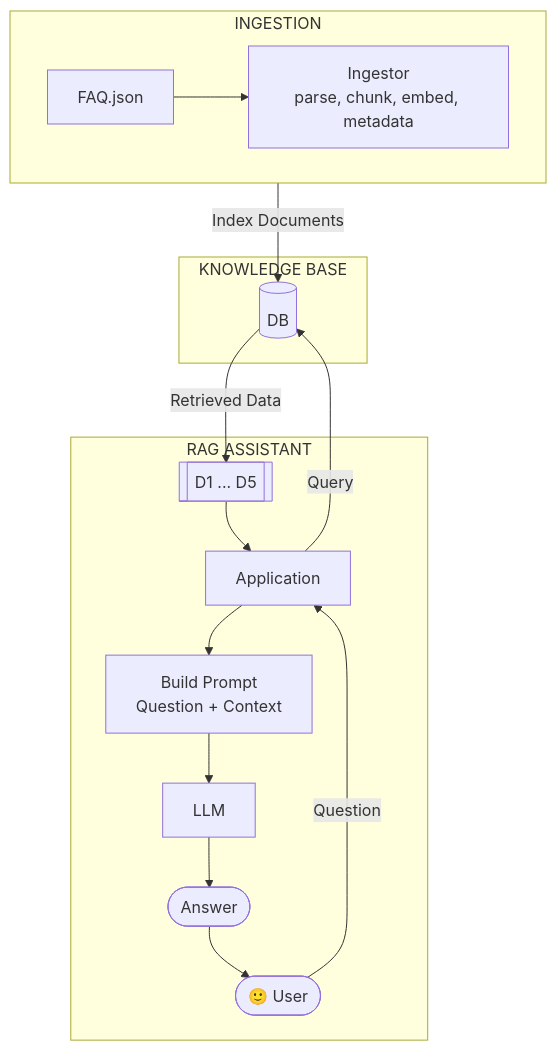
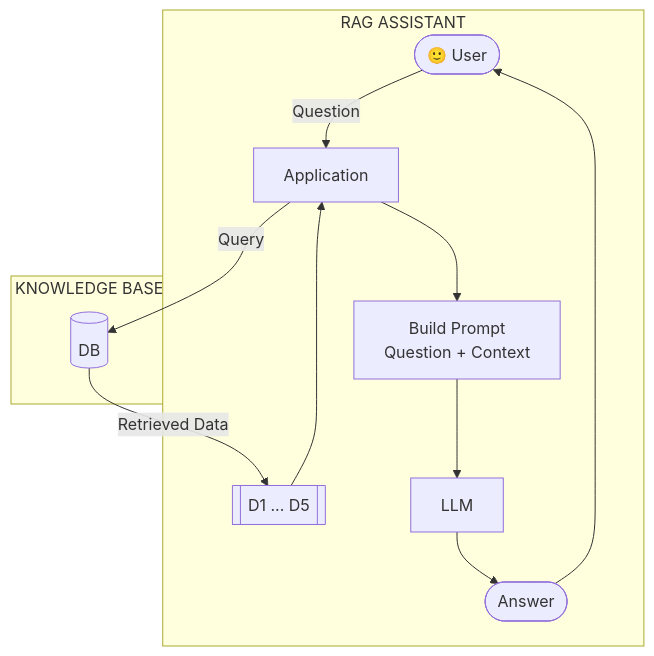
The second of 2 diagrams in 01-rag/rag/09-data-ingestion.md (DataTalksClub/llm-zoomcamp), drawn with Mermaid before and after one commit. The commit also changed other lines of this file and 18 other files, not shown here.

````diff
--- a/01-rag/rag/09-data-ingestion.md
+++ b/01-rag/rag/09-data-ingestion.md
@@ -191,66 +211,26 @@
 ```mermaid
 flowchart TD
 
-    %% =============================
-    %% INGESTION
-    %% =============================
-
-    subgraph ING["INGESTION"]
-        direction LR
-
-        FAQ[FAQ.json]
-
-        INGESTOR[Ingestor<br/>parse, chunk, embed, metadata]
-
-        FAQ --> INGESTOR
-    end
-
-    %% =============================
-    %% RAG ASSISTANT
-    %% =============================
-
     subgraph RAG["RAG ASSISTANT"]
-
         U([🙂 User])
-
         APP[Application]
-
         DOCS[[D1 ... D5]]
-
         PROMPT[Build Prompt<br/>Question + Context]
-
         LLM[LLM]
-
         ANSWER([Answer])
 
         U -->|Question| APP
-
         DOCS --> APP
-
         APP --> PROMPT
         PROMPT --> LLM
-
         LLM --> ANSWER
         ANSWER --> U
-
     end
 
-    %% =============================
-    %% KNOWLEDGE BASE
-    %% =============================
-
     subgraph KB["KNOWLEDGE BASE"]
-
         DB[(DB)]
-
     end
-
-    %% =============================
-    %% CONNECTIONS
-    %% =============================
 
     APP -->|Query| DB
     DB -->|Retrieved Data| DOCS
-
-    INGESTOR -->|Index Documents| DB
 ```
````
